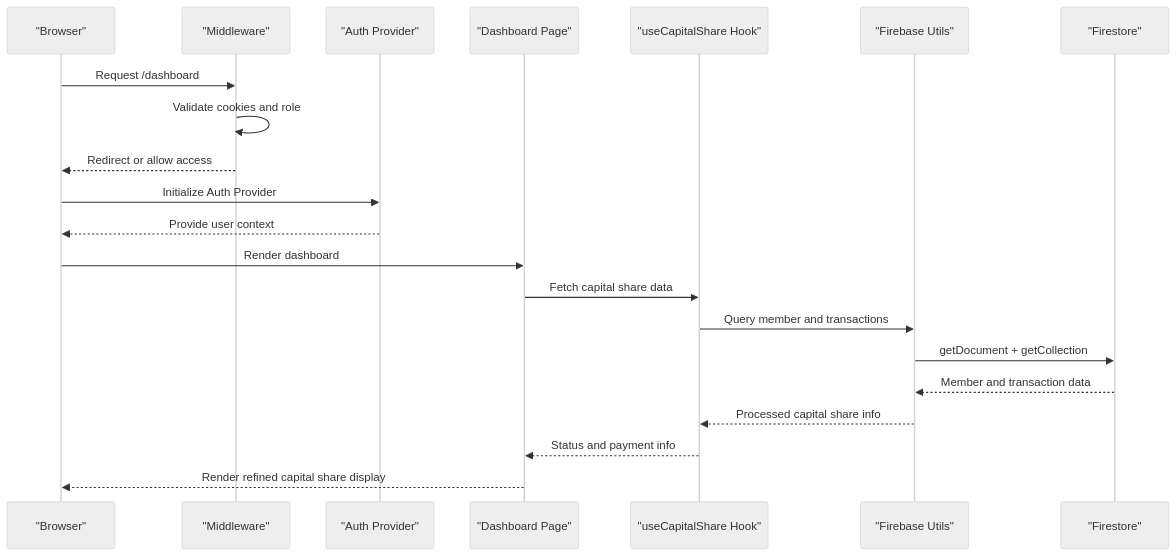
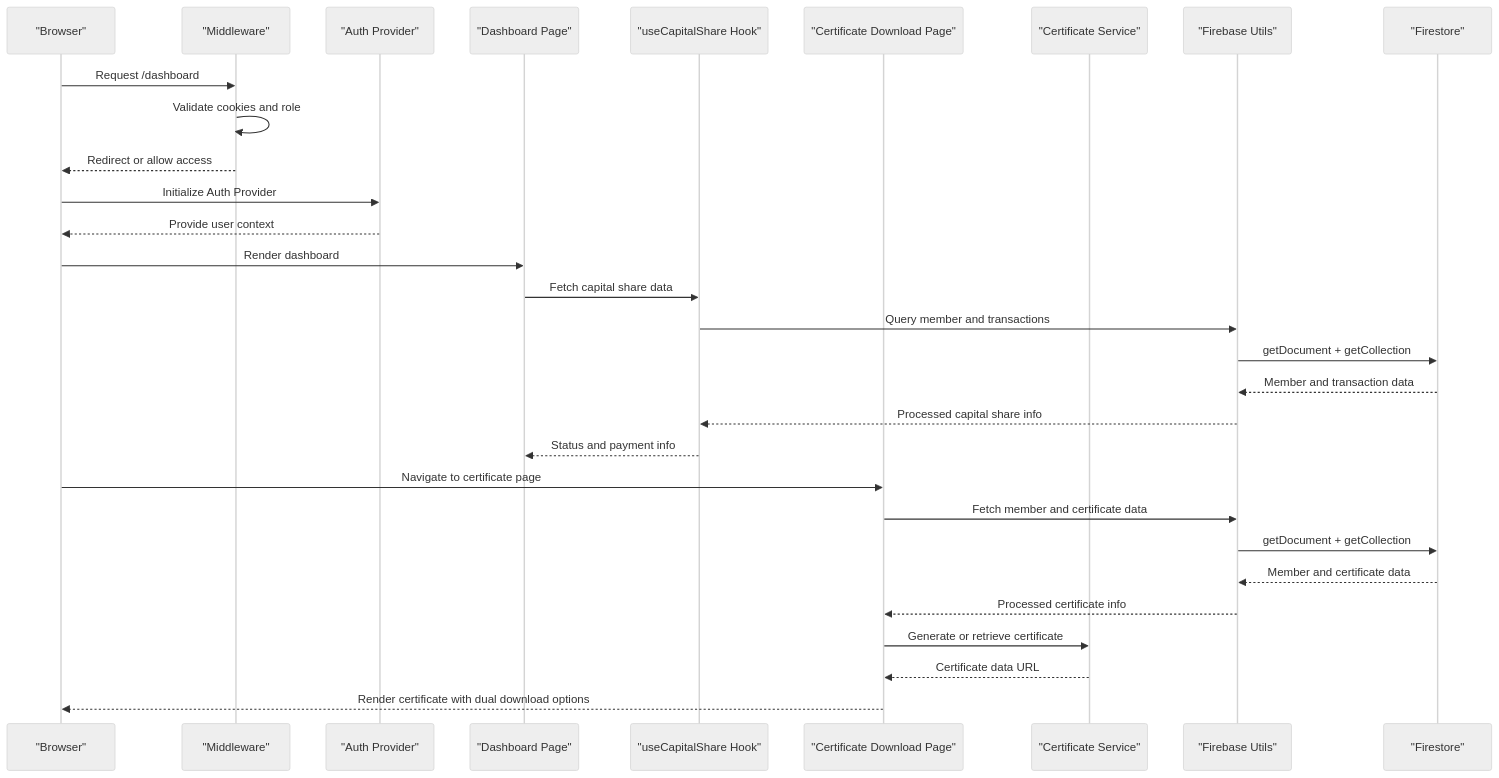
The second of 11 diagrams in .qoder/repowiki/en/content/Dashboard System Architecture/Member Dashboard Interface/Member Dashboard Interface.md (Unsure-bry/sampacoop_system), drawn with Mermaid (neutral theme) before and after one commit. The commit also changed other lines of this file and 11 other files, not shown here.

````diff
--- a/.qoder/repowiki/en/content/Dashboard System Architecture/Member Dashboard Interface/Member Dashboard Interface.md
+++ b/.qoder/repowiki/en/content/Dashboard System Architecture/Member Dashboard Interface/Member Dashboard Interface.md
@@ -169,23 +207,32 @@
 ```mermaid
 sequenceDiagram
 participant Browser as "Browser"
 participant Middleware as "Middleware"
 participant Auth as "Auth Provider"
 participant Dashboard as "Dashboard Page"
 participant CapitalShareHook as "useCapitalShare Hook"
+participant CertificatePage as "Certificate Download Page"
+participant CertificateService as "Certificate Service"
 participant Firebase as "Firebase Utils"
 participant Firestore as "Firestore"
 Browser->>Middleware : Request /dashboard
 Middleware->>Middleware : Validate cookies and role
 Middleware-->>Browser : Redirect or allow access
 Browser->>Auth : Initialize Auth Provider
 Auth-->>Browser : Provide user context
 Browser->>Dashboard : Render dashboard
 Dashboard->>CapitalShareHook : Fetch capital share data
 CapitalShareHook->>Firebase : Query member and transactions
 Firebase->>Firestore : getDocument + getCollection
 Firestore-->>Firebase : Member and transaction data
 Firebase-->>CapitalShareHook : Processed capital share info
 CapitalShareHook-->>Dashboard : Status and payment info
-Dashboard-->>Browser : Render refined capital share display
+Browser->>CertificatePage : Navigate to certificate page
+CertificatePage->>Firebase : Fetch member and certificate data
+Firebase->>Firestore : getDocument + getCollection
+Firestore-->>Firebase : Member and certificate data
+Firebase-->>CertificatePage : Processed certificate info
+CertificatePage->>CertificateService : Generate or retrieve certificate
+CertificateService-->>CertificatePage : Certificate data URL
+CertificatePage-->>Browser : Render certificate with dual download options
 ```
````
